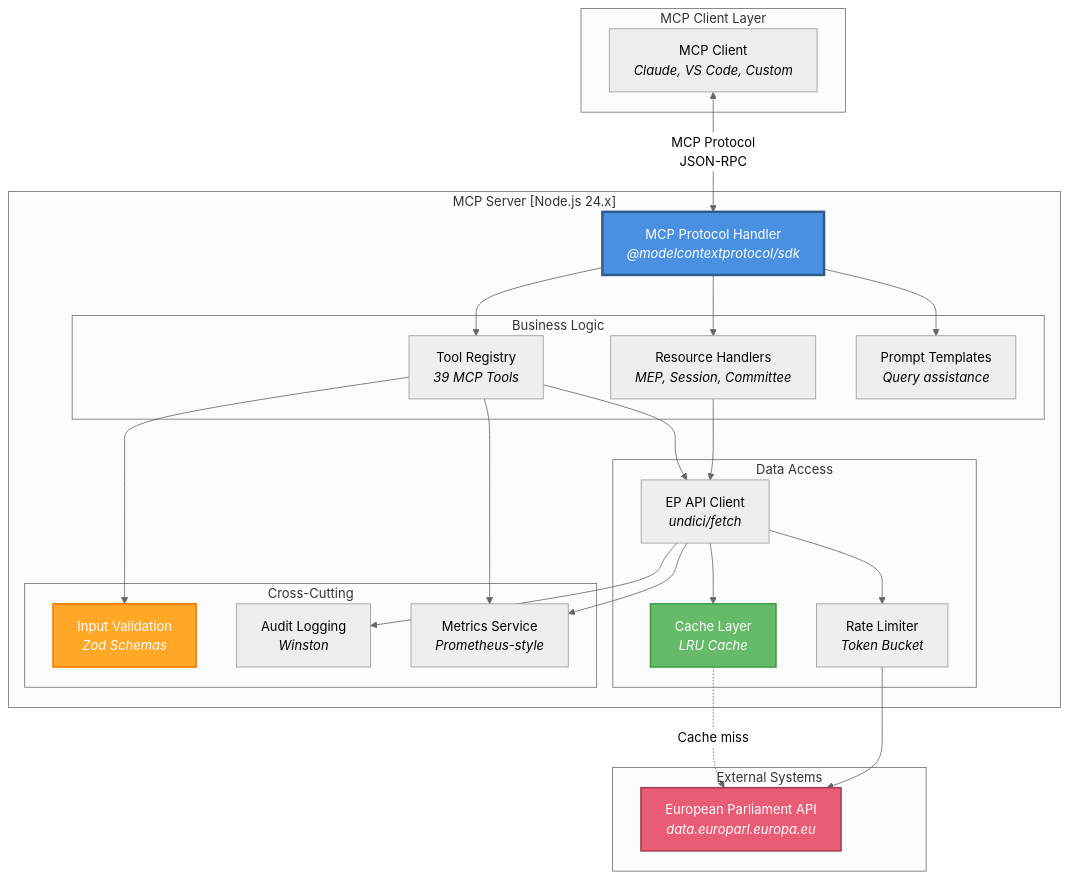
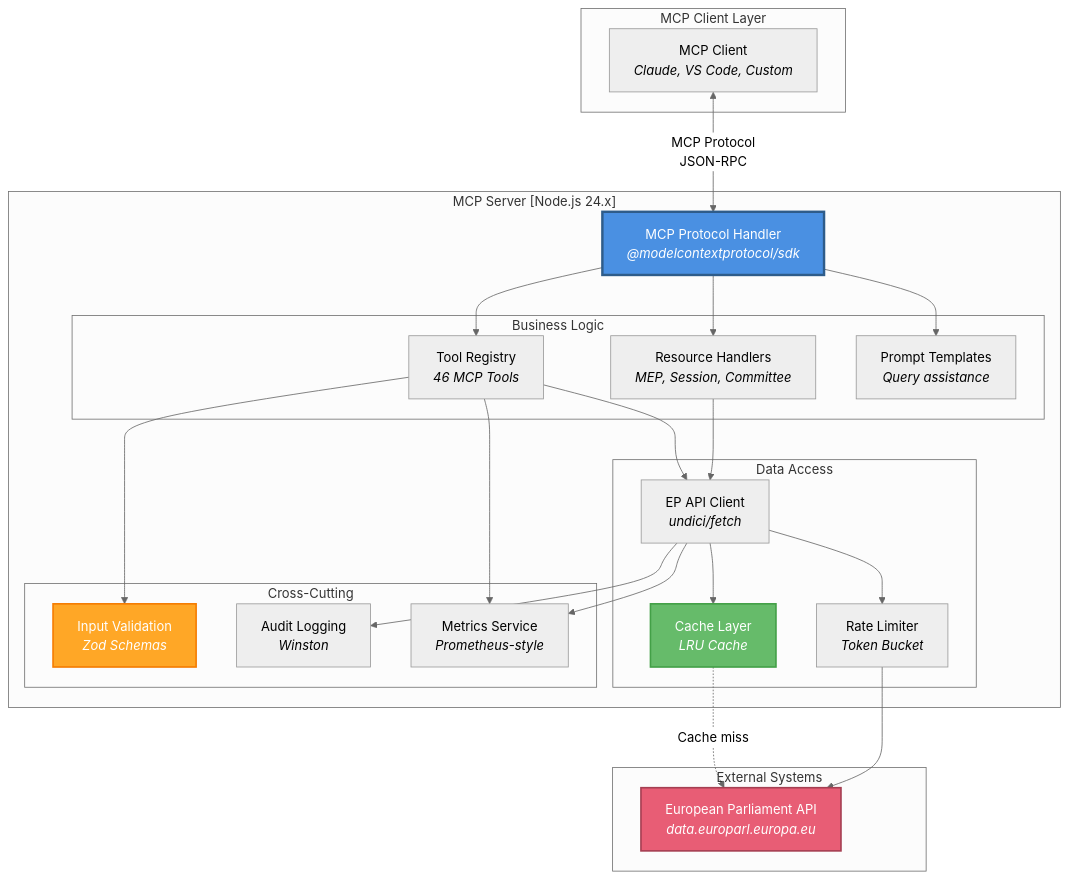
One commit to Hack23/European-Parliament-MCP-Server changed the second of 14 diagrams in api/media/ARCHITECTURE_DIAGRAMS.md. Above: the diagram before and after it, drawn with Mermaid (neutral theme). The commit also changed other lines of this file and 1192 other files, not shown here.

````diff
--- a/api/media/ARCHITECTURE_DIAGRAMS.md
+++ b/api/media/ARCHITECTURE_DIAGRAMS.md
@@ -114,56 +114,56 @@
 ```mermaid
 graph TB
     subgraph "MCP Client Layer"
         CLIENT[MCP Client<br/><i>Claude, VS Code, Custom</i>]
     end
     
     subgraph "MCP Server [Node.js 24.x]"
         SERVER[MCP Protocol Handler<br/><i>@modelcontextprotocol/sdk</i>]
         
         subgraph "Business Logic"
-            TOOLS[Tool Registry<br/><i>39 MCP Tools</i>]
+            TOOLS[Tool Registry<br/><i>46 MCP Tools</i>]
             RESOURCES[Resource Handlers<br/><i>MEP, Session, Committee</i>]
             PROMPTS[Prompt Templates<br/><i>Query assistance</i>]
         end
         
         subgraph "Data Access"
             API_CLIENT[EP API Client<br/><i>undici/fetch</i>]
             CACHE[Cache Layer<br/><i>LRU Cache</i>]
             RATE_LIMITER[Rate Limiter<br/><i>Token Bucket</i>]
         end
         
         subgraph "Cross-Cutting"
             VALIDATION[Input Validation<br/><i>Zod Schemas</i>]
             LOGGING[Audit Logging<br/><i>Winston</i>]
             METRICS[Metrics Service<br/><i>Prometheus-style</i>]
         end
     end
     
     subgraph "External Systems"
         EP_API[European Parliament API<br/><i>data.europarl.europa.eu</i>]
     end
     
     CLIENT <-->|MCP Protocol<br/>JSON-RPC| SERVER
     SERVER --> TOOLS
     SERVER --> RESOURCES
     SERVER --> PROMPTS
     
     TOOLS --> VALIDATION
     TOOLS --> API_CLIENT
     RESOURCES --> API_CLIENT
     
     API_CLIENT --> CACHE
     API_CLIENT --> RATE_LIMITER
     API_CLIENT --> LOGGING
     
     CACHE -.->|Cache miss| EP_API
     RATE_LIMITER --> EP_API
     
     TOOLS --> METRICS
     API_CLIENT --> METRICS
     
     style SERVER fill:#4A90E2,stroke:#2E5C8A,stroke-width:3px,color:#fff
     style EP_API fill:#E85D75,stroke:#A53F52,stroke-width:2px,color:#fff
     style CACHE fill:#66BB6A,stroke:#43A047,stroke-width:2px,color:#fff
     style VALIDATION fill:#FFA726,stroke:#F57C00,stroke-width:2px,color:#fff
 ```
````
